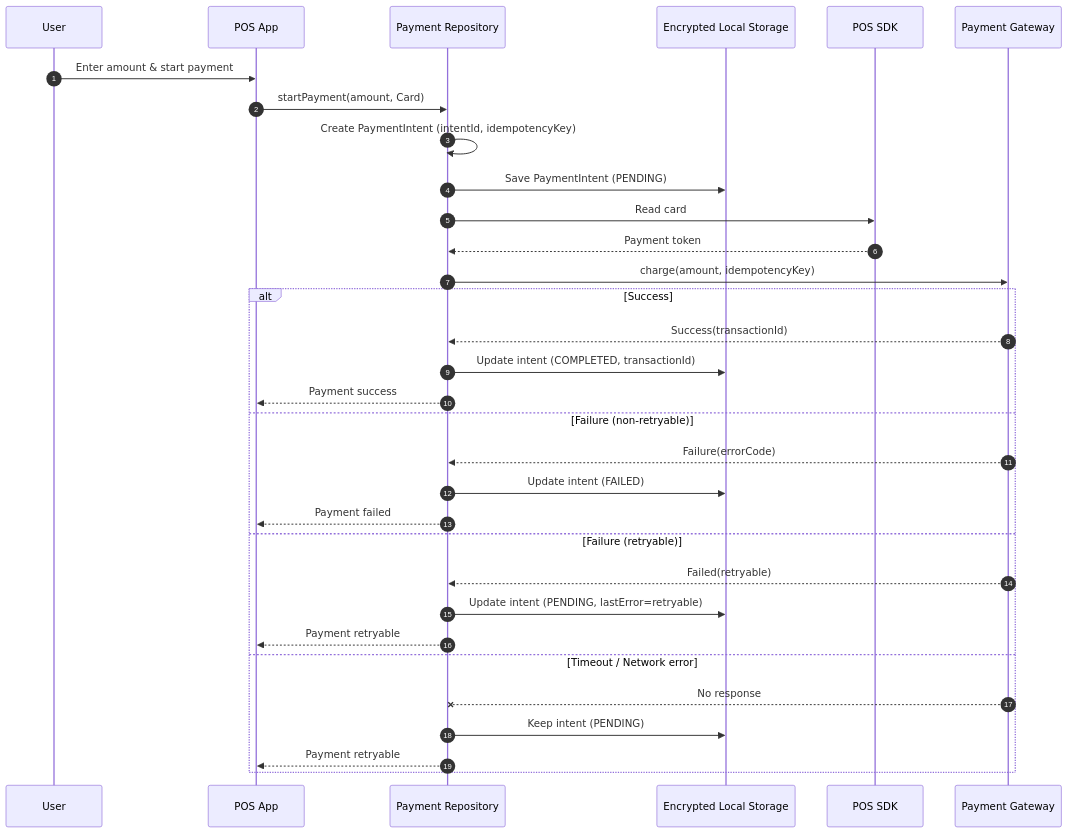
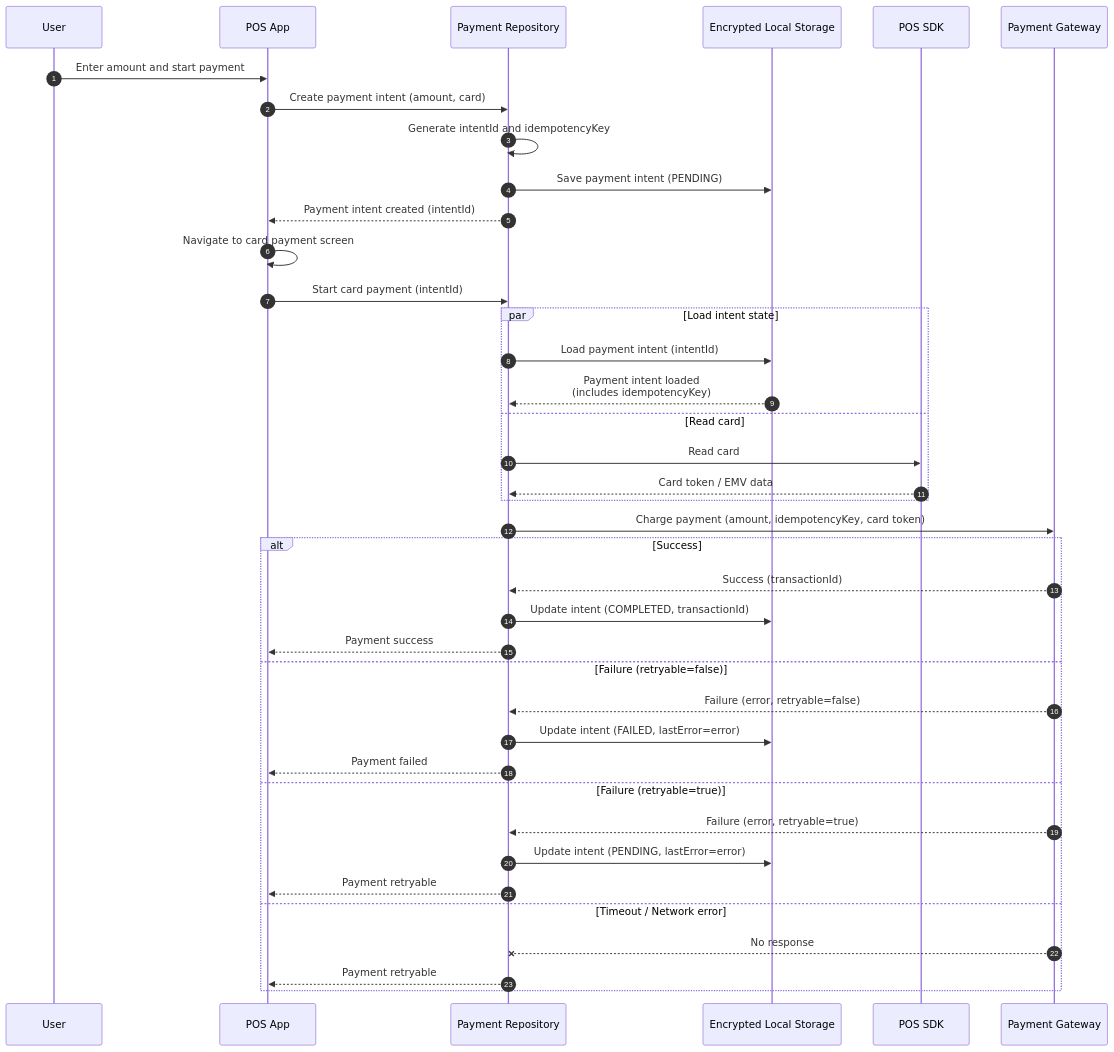
Before and after one commit to neronguyen/CardQRPaymentSample: the diagram in docs/diagrams/card-payment-sequence.mmd, drawn with Mermaid.

Commit message:
docs: improve card payment sequence diagram
Refines the `card-payment-sequence.mmd` diagram to more accurately represent the payment flow.

Key changes include:
-   Separating the creation of the payment intent from the start of the card payment process.
-   Clarifying the parallel nature of loading the intent from the database and reading the card data via the SDK.
-   Making the error handling details more specific by distinguishing between `retryable=true` and `retryable=false` failure cases.
-   Removing the redundant database update step in the timeout scenario.

```diff
--- a/docs/diagrams/card-payment-sequence.mmd
+++ b/docs/diagrams/card-payment-sequence.mmd
@@ -1,36 +1,45 @@
 sequenceDiagram
     autonumber
     participant User
     participant App as POS App
     participant Repo as Payment Repository
     participant DB as Encrypted Local Storage
     participant SDK as POS SDK
     participant GW as Payment Gateway
-    User ->> App: Enter amount & start payment
-    App ->> Repo: startPayment(amount, Card)
-    Repo ->> Repo: Create PaymentIntent (intentId, idempotencyKey)
-    Repo ->> DB: Save PaymentIntent (PENDING)
-    Repo ->> SDK: Read card
-    SDK -->> Repo: Payment token
-    Repo ->> GW: charge(amount, idempotencyKey)
+    User ->> App: Enter amount and start payment
+    App ->> Repo: Create payment intent (amount, card)
+    Repo ->> Repo: Generate intentId and idempotencyKey
+    Repo ->> DB: Save payment intent (PENDING)
+    Repo -->> App: Payment intent created (intentId)
+    App ->> App: Navigate to card payment screen
+    App ->> Repo: Start card payment (intentId)
+
+    par Load intent state
+        Repo ->> DB: Load payment intent (intentId)
+        DB -->> Repo: Payment intent loaded<br>(includes idempotencyKey)
+    and Read card
+        Repo ->> SDK: Read card
+        SDK -->> Repo: Card token / EMV data
+    end
+
+    Repo ->> GW: Charge payment (amount, idempotencyKey, card token)
 
     alt Success
-        GW -->> Repo: Success(transactionId)
+        GW -->> Repo: Success (transactionId)
         Repo ->> DB: Update intent (COMPLETED, transactionId)
         Repo -->> App: Payment success
 
-    else Failure (non-retryable)
-        GW -->> Repo: Failure(errorCode)
-        Repo ->> DB: Update intent (FAILED)
+    else Failure (retryable=false)
+        GW -->> Repo: Failure (error, retryable=false)
+        Repo ->> DB: Update intent (FAILED, lastError=error)
         Repo -->> App: Payment failed
 
-    else Failure (retryable)
-        GW -->> Repo: Failed(retryable)
-        Repo ->> DB: Update intent (PENDING, lastError=retryable)
+    else Failure (retryable=true)
+        GW -->> Repo: Failure (error, retryable=true)
+        Repo ->> DB: Update intent (PENDING, lastError=error)
         Repo -->> App: Payment retryable
 
     else Timeout / Network error
         GW --x Repo: No response
-        Repo ->> DB: Keep intent (PENDING)
         Repo -->> App: Payment retryable
     end
```
